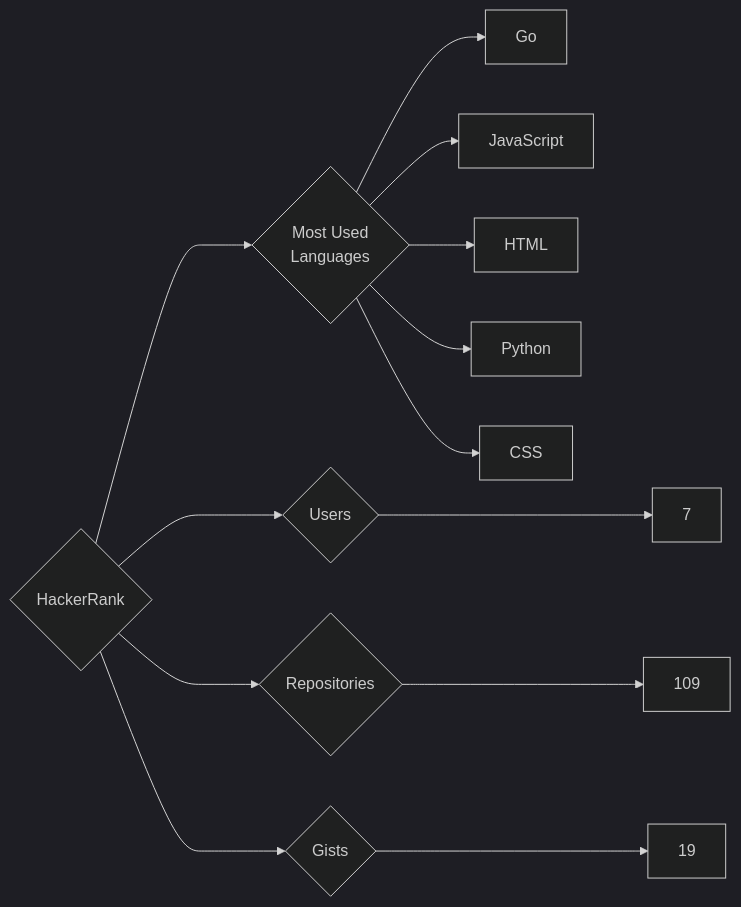
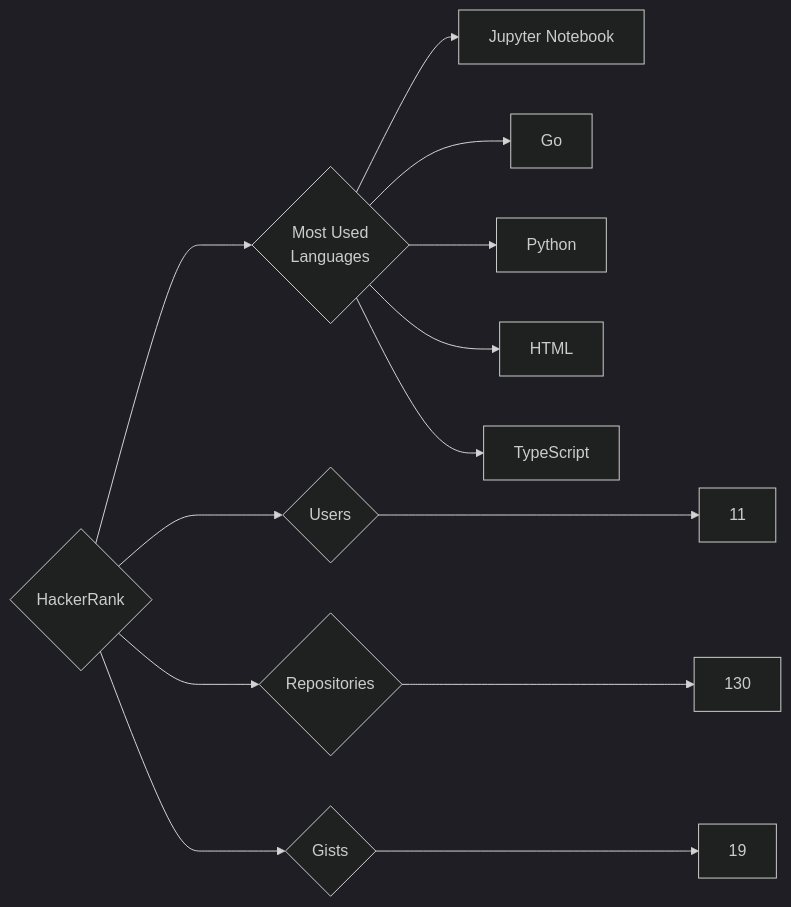
One commit to trickest/insiders changed the diagram in targets/HackerRank/README.md. Above: the diagram before and after it, drawn with Mermaid (dark theme). The commit also changed 724 other files, not shown here.

````diff
--- a/targets/HackerRank/README.md
+++ b/targets/HackerRank/README.md
@@ -3,13 +3,13 @@
 ```mermaid
 graph LR
 COMPANY_NAME{HackerRank}
-COMPANY_NAME ---> U{Users} ---> UN[7]
-COMPANY_NAME ---> R{Repositories} ---> RN[109]
+COMPANY_NAME ---> U{Users} ---> UN[11]
+COMPANY_NAME ---> R{Repositories} ---> RN[130]
 COMPANY_NAME ---> G{Gists} ---> GN[19]
 COMPANY_NAME ---> ML{Most Used<br>Languages}
+ML --> Jupyter_Notebook[Jupyter Notebook]
 ML --> Go[Go]
-ML --> JavaScript[JavaScript]
+ML --> Python[Python]
 ML --> HTML[HTML]
-ML --> Python[Python]
-ML --> CSS[CSS]
+ML --> TypeScript[TypeScript]
 ```
````
